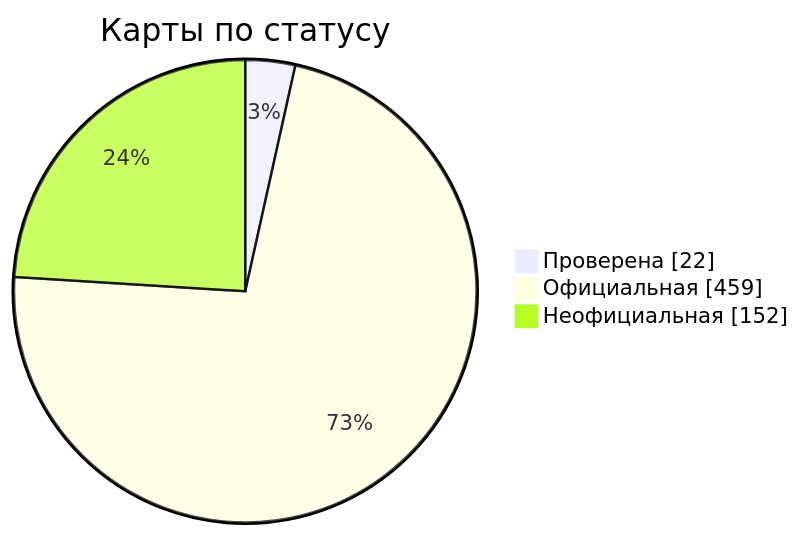
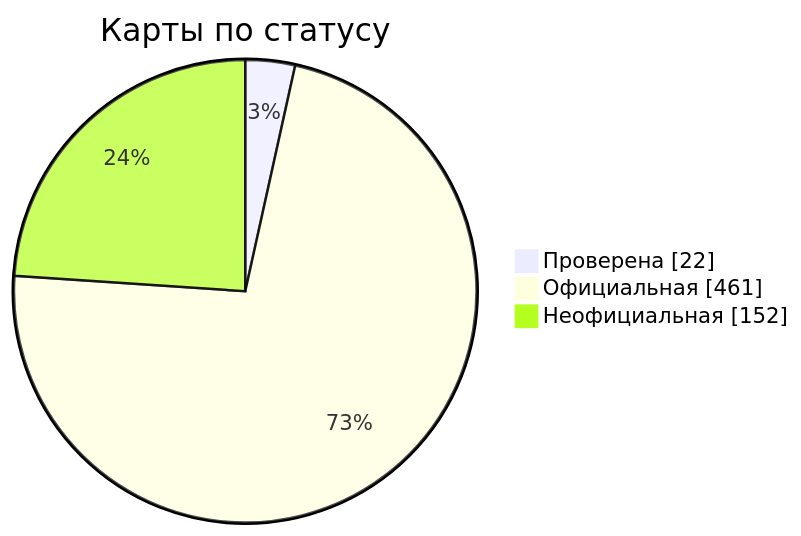
One commit to nobrega8/mbmap-library changed the diagram in docs/readme/README_RU.md. Above: the diagram before and after it, drawn with Mermaid. The commit also changed 5 other files, not shown here.

````diff
--- a/docs/readme/README_RU.md
+++ b/docs/readme/README_RU.md
@@ -54,7 +54,7 @@
 ```mermaid
 pie showData
     title Карты по статусу
     "Проверена" : 22
-    "Официальная" : 459
+    "Официальная" : 461
     "Неофициальная" : 152
 ```
````
